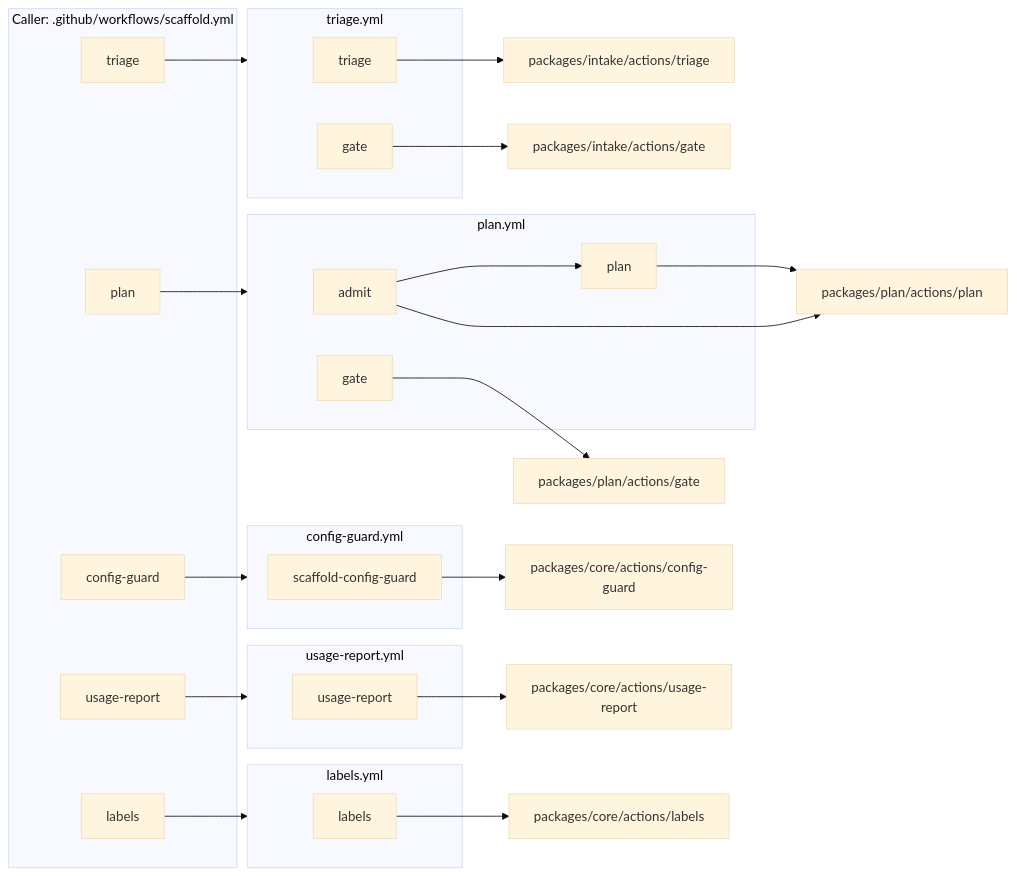
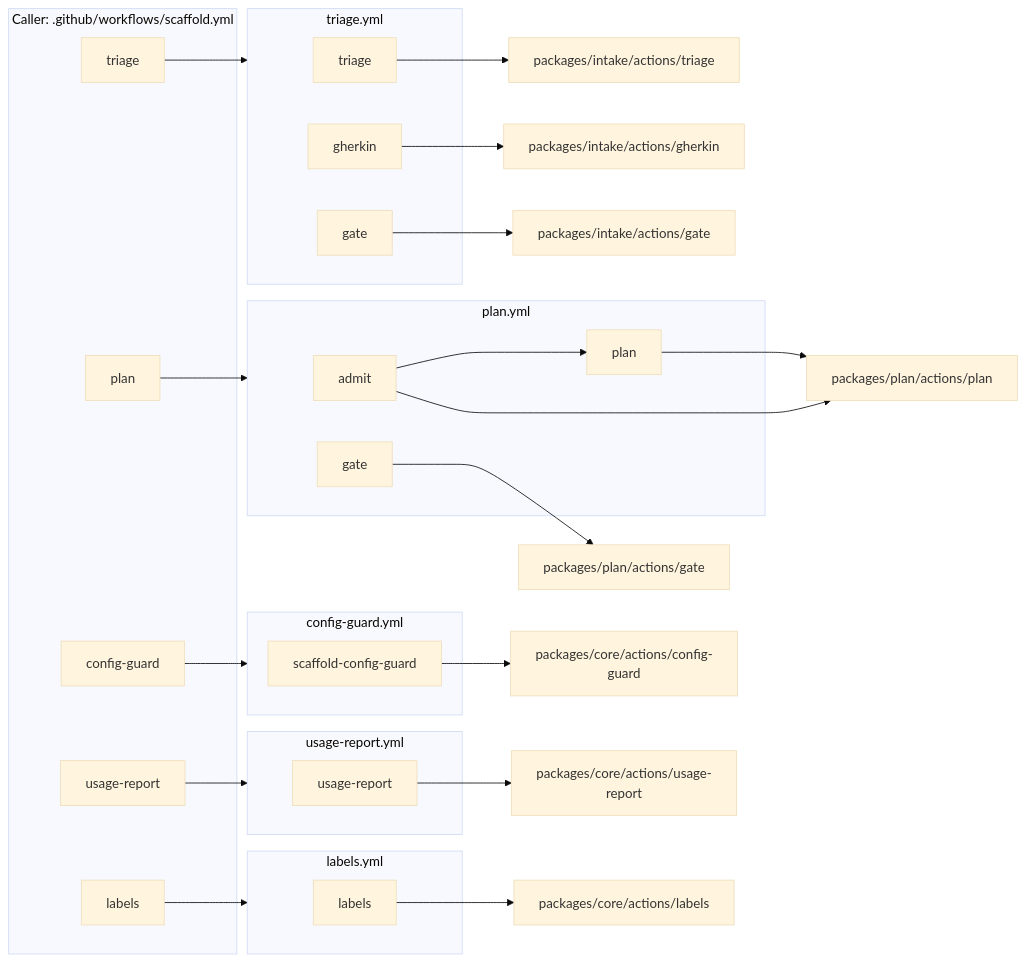
One commit to JackWP1/scaffold changed the second of 2 diagrams in docs/diagrams/architecture.md. Above: the diagram before and after it, drawn with Mermaid (base theme). The commit also changed 17 other files, not shown here.

First line of the commit message:
Slice 2b: gherkin-writer skill, /gherkin, drafting in the triage run

````diff
--- a/docs/diagrams/architecture.md
+++ b/docs/diagrams/architecture.md
@@ -88,42 +88,44 @@
 ```mermaid
 flowchart LR
   subgraph caller["Caller: .github/workflows/scaffold.yml"]
     c_triage["triage"]
     c_plan["plan"]
     c_config_guard["config-guard"]
     c_usage_report["usage-report"]
     c_labels["labels"]
   end
   subgraph w_config_guard_yml["config-guard.yml"]
     w_config_guard_yml_scaffold_config_guard["scaffold-config-guard"]
   end
   subgraph w_labels_yml["labels.yml"]
     w_labels_yml_labels["labels"]
   end
   subgraph w_plan_yml["plan.yml"]
     w_plan_yml_admit["admit"]
     w_plan_yml_plan["plan"]
     w_plan_yml_admit --> w_plan_yml_plan
     w_plan_yml_gate["gate"]
   end
   subgraph w_triage_yml["triage.yml"]
     w_triage_yml_triage["triage"]
+    w_triage_yml_gherkin["gherkin"]
     w_triage_yml_gate["gate"]
   end
   subgraph w_usage_report_yml["usage-report.yml"]
     w_usage_report_yml_usage_report["usage-report"]
   end
   c_triage --> w_triage_yml
   c_plan --> w_plan_yml
   c_config_guard --> w_config_guard_yml
   c_usage_report --> w_usage_report_yml
   c_labels --> w_labels_yml
   w_config_guard_yml_scaffold_config_guard --> a_packages_core_actions_config_guard["packages/core/actions/config-guard"]
   w_labels_yml_labels --> a_packages_core_actions_labels["packages/core/actions/labels"]
   w_plan_yml_admit --> a_packages_plan_actions_plan["packages/plan/actions/plan"]
   w_plan_yml_plan --> a_packages_plan_actions_plan["packages/plan/actions/plan"]
   w_plan_yml_gate --> a_packages_plan_actions_gate["packages/plan/actions/gate"]
   w_triage_yml_triage --> a_packages_intake_actions_triage["packages/intake/actions/triage"]
+  w_triage_yml_gherkin --> a_packages_intake_actions_gherkin["packages/intake/actions/gherkin"]
   w_triage_yml_gate --> a_packages_intake_actions_gate["packages/intake/actions/gate"]
   w_usage_report_yml_usage_report --> a_packages_core_actions_usage_report["packages/core/actions/usage-report"]
 ```
````
